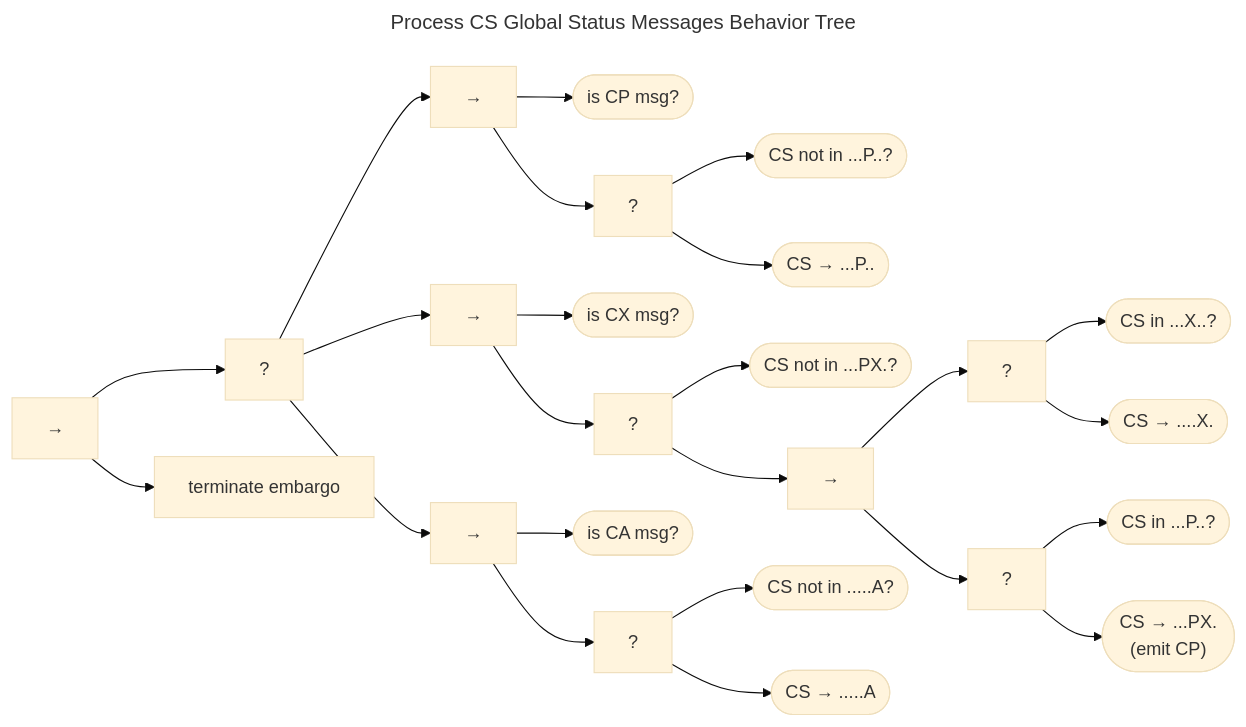
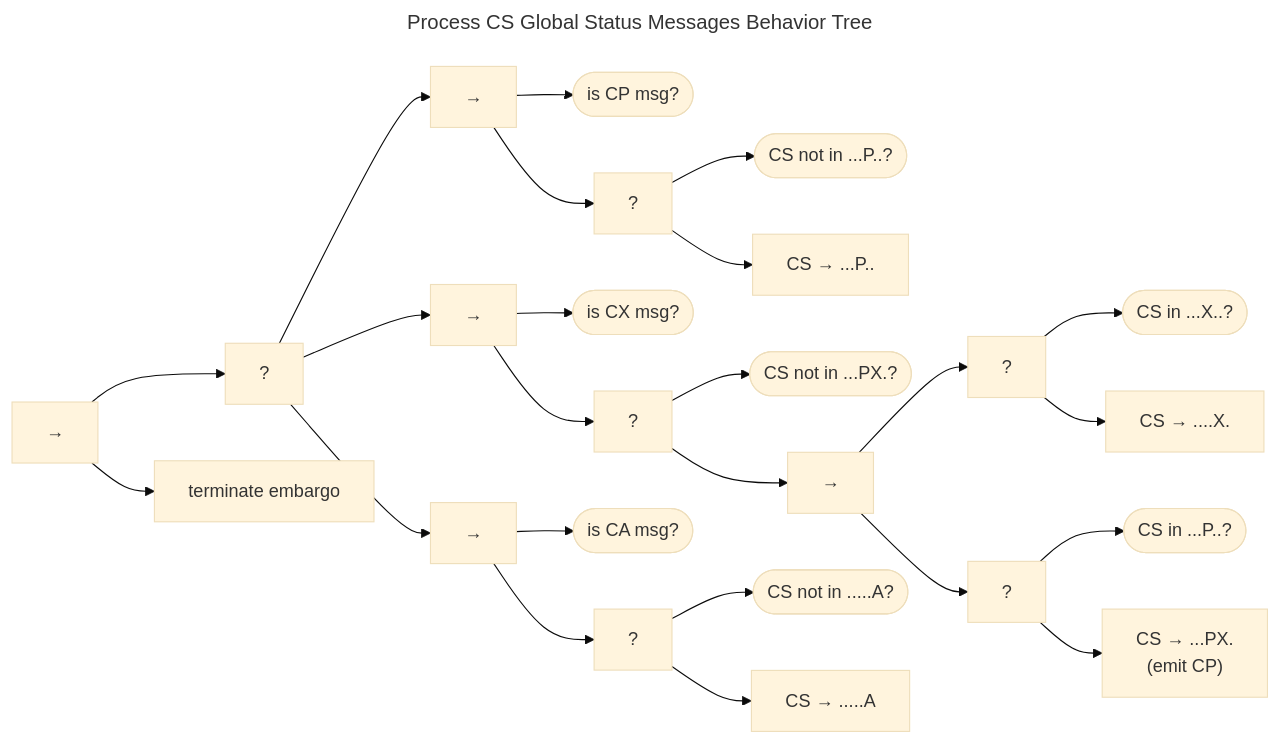
One commit to CERTCC/Vultron changed the second of 3 diagrams in docs/topics/behavior_logic/msg_cs_bt.md. Above: the diagram before and after it, drawn with Mermaid (base theme). The commit also changed other lines of this file and 2 other files, not shown here.

Commit message:
fix error in diagram node types

````diff
--- a/docs/topics/behavior_logic/msg_cs_bt.md
+++ b/docs/topics/behavior_logic/msg_cs_bt.md
@@ -59,53 +59,53 @@
 ```mermaid
 ---
 title: Process CS Global Status Messages Behavior Tree
 ---
 flowchart LR
     global_seq["&rarr;"]
     global_fb["?"]
     global_seq --> global_fb
     cp_seq["&rarr;"]
     global_fb --> cp_seq
     is_CP_msg(["is CP msg?"])
     cp_seq --> is_CP_msg
     cp_fb["?"]
     cp_seq --> cp_fb
     cp_cs_not_P(["CS not in ...P..?"])
     cp_fb --> cp_cs_not_P
-    cp_cs_to_P(["CS &rarr; ...P.."])
+    cp_cs_to_P["CS &rarr; ...P.."]
     cp_fb --> cp_cs_to_P
     cx_seq["&rarr;"]
     global_fb --> cx_seq
     is_CX_msg(["is CX msg?"])
     cx_seq --> is_CX_msg
     cx_fb["?"]
     cx_seq --> cx_fb
     cx_cs_not_PXA(["CS not in ...PX.?"])
     cx_fb --> cx_cs_not_PXA
     cx_seq2["&rarr;"]
     cx_fb --> cx_seq2
     cx_x_fb["?"]
     cx_seq2 --> cx_x_fb
     cs_in_x(["CS in ...X..?"])
     cx_x_fb --> cs_in_x
-    cx_to_x(["CS &rarr; ....X."])
+    cx_to_x["CS &rarr; ....X."]
     cx_x_fb --> cx_to_x
     cx_p_fb["?"]
     cx_seq2 --> cx_p_fb
     cs_in_p(["CS in ...P..?"])
     cx_p_fb --> cs_in_p
-    cx_to_p(["CS &rarr; ...PX.<br/>(emit CP)"])
+    cx_to_p["CS &rarr; ...PX.<br/>(emit CP)"]
     cx_p_fb --> cx_to_p
     ca_seq["&rarr;"]
     global_fb --> ca_seq
     is_CA_msg(["is CA msg?"])
     ca_seq --> is_CA_msg
     ca_fb["?"]
     ca_seq --> ca_fb
     ca_cs_not_a(["CS not in .....A?"])
     ca_fb --> ca_cs_not_a
-    ca_cs_to_a(["CS &rarr; .....A"])
+    ca_cs_to_a["CS &rarr; .....A"]
     ca_fb --> ca_cs_to_a
     terminate["terminate embargo"]
     global_seq --> terminate
 ```
````
